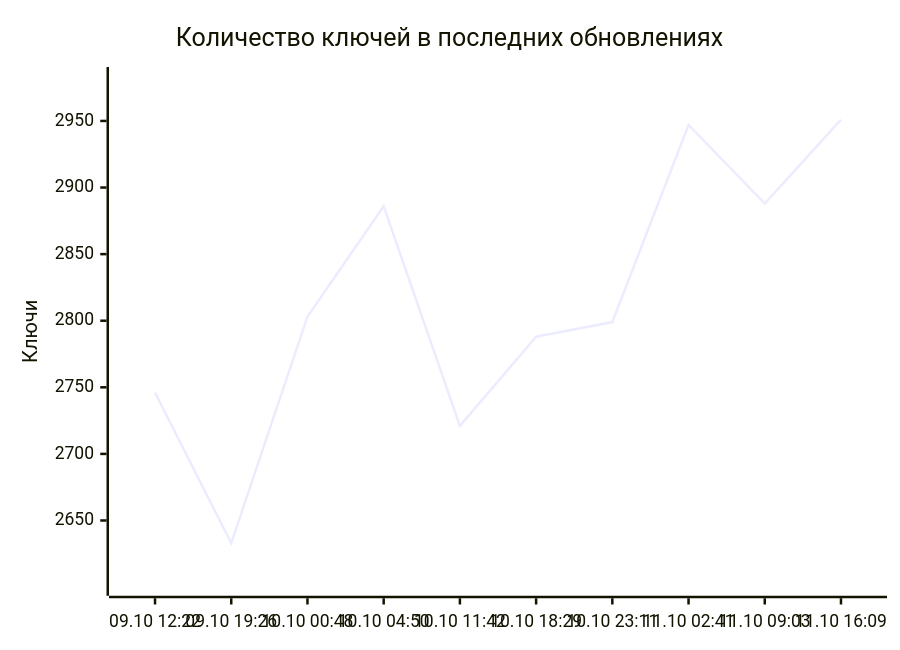
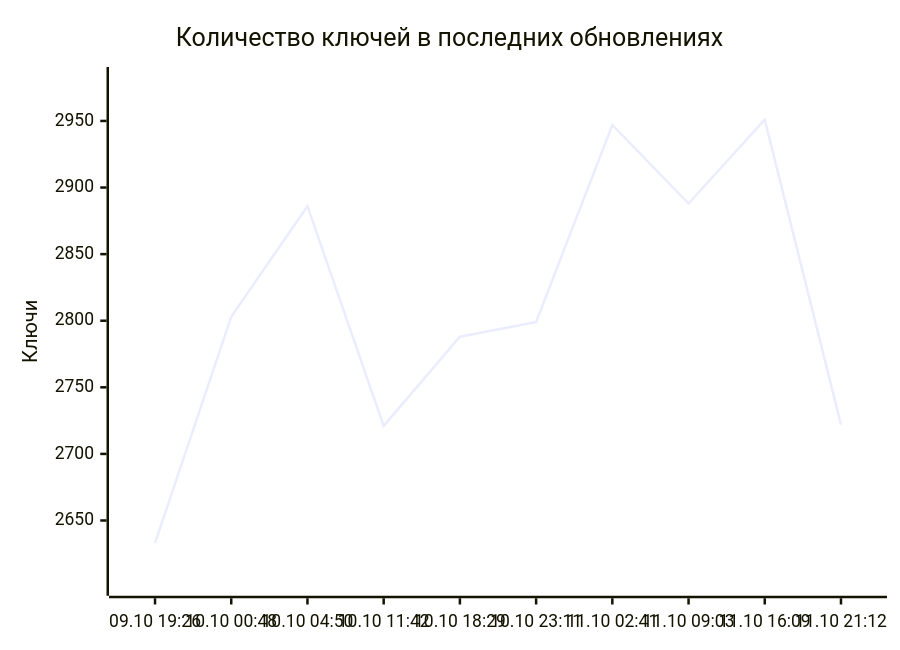
The diagram in README.md (markKikhtenko/WireVeil), drawn with Mermaid before and after one commit. The commit also changed other lines of this file and 12 other files, not shown here.

````diff
--- a/README.md
+++ b/README.md
@@ -55,7 +55,7 @@
 ```mermaid
 xychart-beta
     title "Количество ключей в последних обновлениях"
-    x-axis ["09.10 12:22", "09.10 19:26", "10.10 00:48", "10.10 04:50", "10.10 11:42", "10.10 18:29", "10.10 23:11", "11.10 02:41", "11.10 09:03", "11.10 16:09"]
+    x-axis ["09.10 19:26", "10.10 00:48", "10.10 04:50", "10.10 11:42", "10.10 18:29", "10.10 23:11", "11.10 02:41", "11.10 09:03", "11.10 16:09", "11.10 21:12"]
     y-axis "Ключи" 2601 --> 2983
-    line [2746, 2633, 2803, 2886, 2721, 2788, 2799, 2947, 2888, 2951]
+    line [2633, 2803, 2886, 2721, 2788, 2799, 2947, 2888, 2951, 2722]
 ```
````
